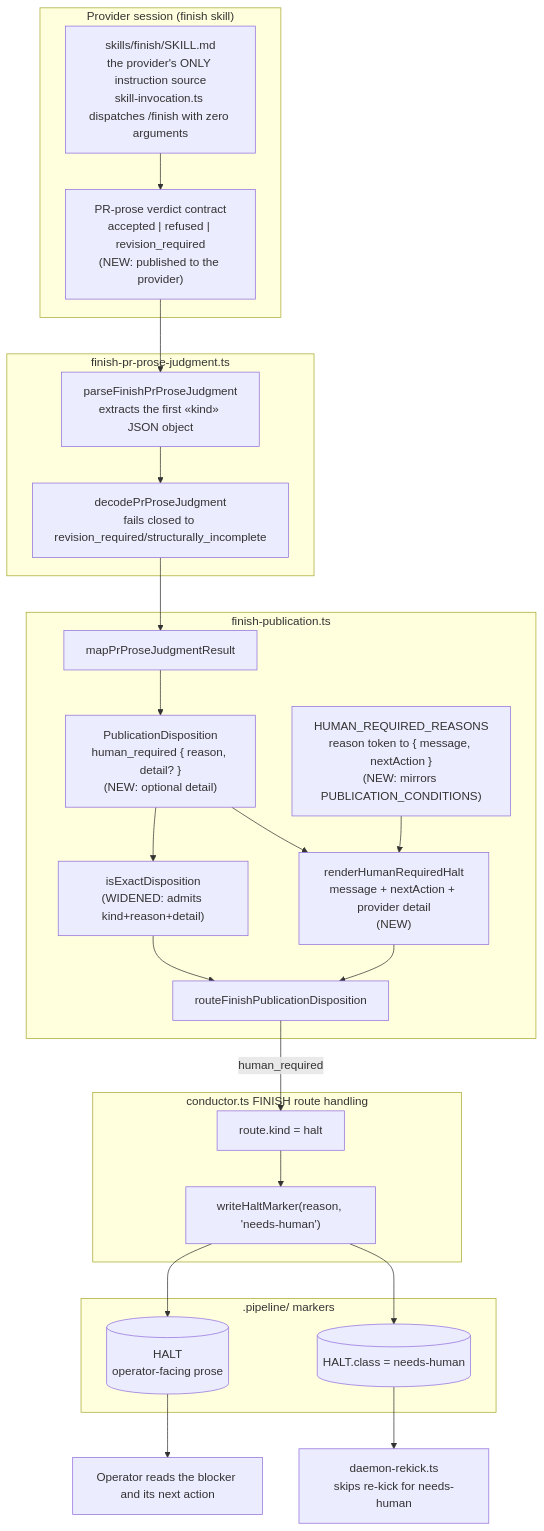
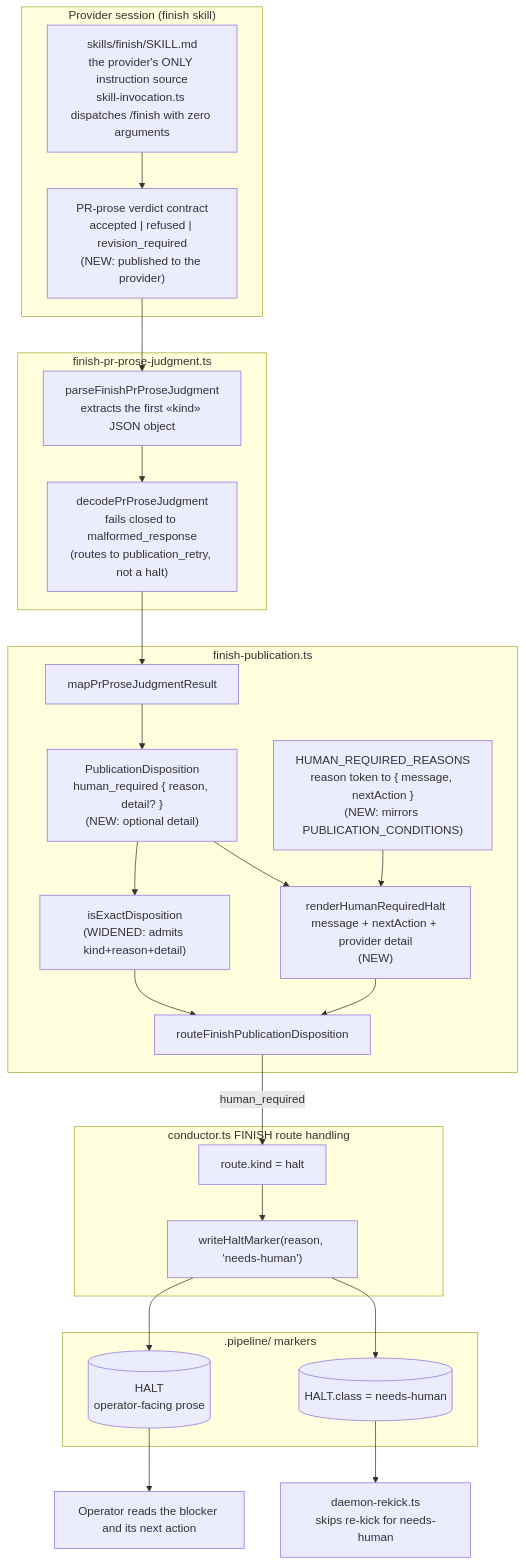
One commit to jstoup111/ai-conductor changed the first of 2 diagrams in .docs/architecture/finish-s-stop-gate-does-not-stop-a-correct-refusal.md. Above: the diagram before and after it, drawn with Mermaid. The commit also changed other lines of this file and 5 other files, not shown here.

````diff
--- a/.docs/architecture/finish-s-stop-gate-does-not-stop-a-correct-refusal.md
+++ b/.docs/architecture/finish-s-stop-gate-does-not-stop-a-correct-refusal.md
@@ -11,51 +11,51 @@
 ```mermaid
 flowchart TD
     subgraph Provider["Provider session (finish skill)"]
         Skill["skills/finish/SKILL.md<br/>the provider's ONLY instruction source<br/>skill-invocation.ts dispatches /finish with zero arguments"]
         Contract["PR-prose verdict contract<br/>accepted | refused | revision_required<br/>(NEW: published to the provider)"]
     end
 
     subgraph Decode["finish-pr-prose-judgment.ts"]
         Parse["parseFinishPrProseJudgment<br/>extracts the first «kind» JSON object"]
-        Decode2["decodePrProseJudgment<br/>fails closed to revision_required/structurally_incomplete"]
+        Decode2["decodePrProseJudgment<br/>fails closed to malformed_response<br/>(routes to publication_retry, not a halt)"]
     end
 
     subgraph Publication["finish-publication.ts"]
         Map["mapPrProseJudgmentResult"]
         Disposition["PublicationDisposition<br/>human_required { reason, detail? }<br/>(NEW: optional detail)"]
         Guard["isExactDisposition<br/>(WIDENED: admits kind+reason+detail)"]
         Reasons["HUMAN_REQUIRED_REASONS<br/>reason token to { message, nextAction }<br/>(NEW: mirrors PUBLICATION_CONDITIONS)"]
         Render["renderHumanRequiredHalt<br/>message + nextAction + provider detail<br/>(NEW)"]
         Route["routeFinishPublicationDisposition"]
     end
 
     subgraph Conductor["conductor.ts FINISH route handling"]
         Halt["route.kind = halt"]
         Marker["writeHaltMarker(reason, 'needs-human')"]
     end
 
     subgraph Durable[".pipeline/ markers"]
         HaltFile[("HALT<br/>operator-facing prose")]
         ClassFile[("HALT.class = needs-human")]
     end
 
     Rekick["daemon-rekick.ts<br/>skips re-kick for needs-human"]
     Operator["Operator reads the blocker and its next action"]
 
     Skill --> Contract
     Contract --> Parse
     Parse --> Decode2
     Decode2 --> Map
     Map --> Disposition
     Disposition --> Guard
     Guard --> Route
     Reasons --> Render
     Disposition --> Render
     Render --> Route
     Route -->|"human_required"| Halt
     Halt --> Marker
     Marker --> HaltFile
     Marker --> ClassFile
     ClassFile --> Rekick
     HaltFile --> Operator
 ```
````
